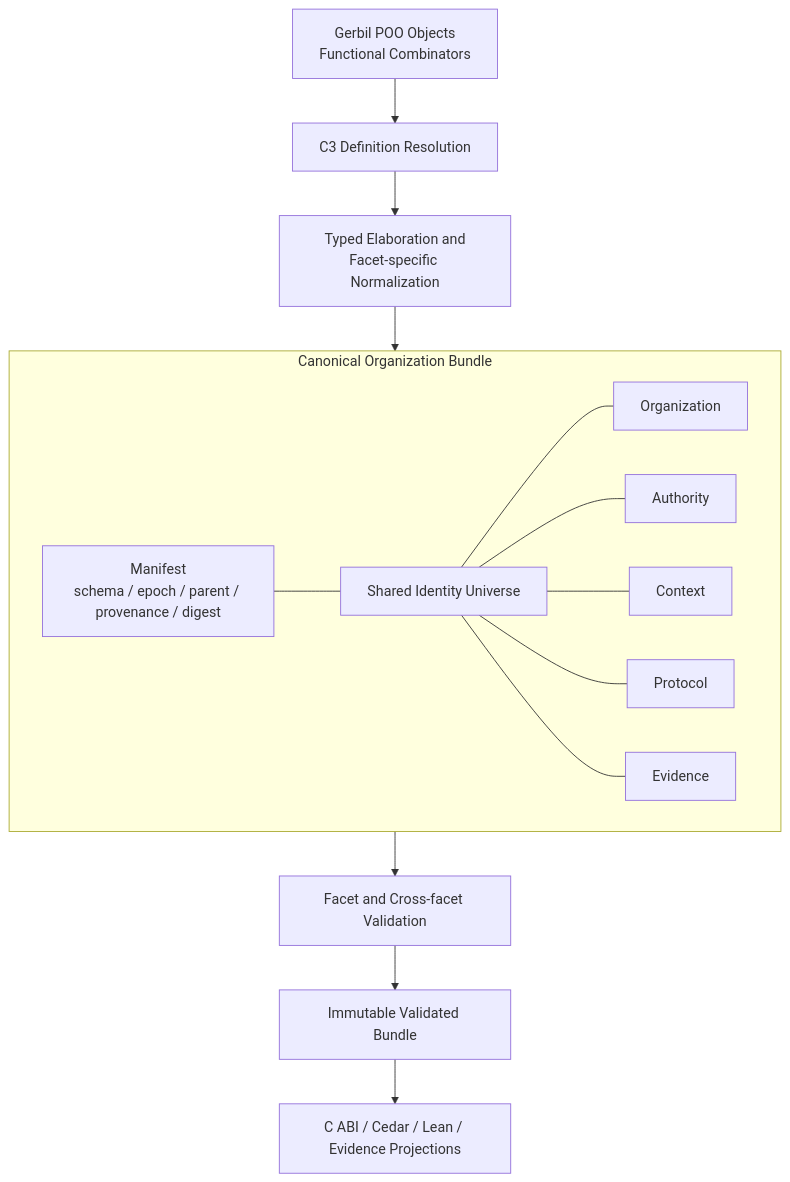
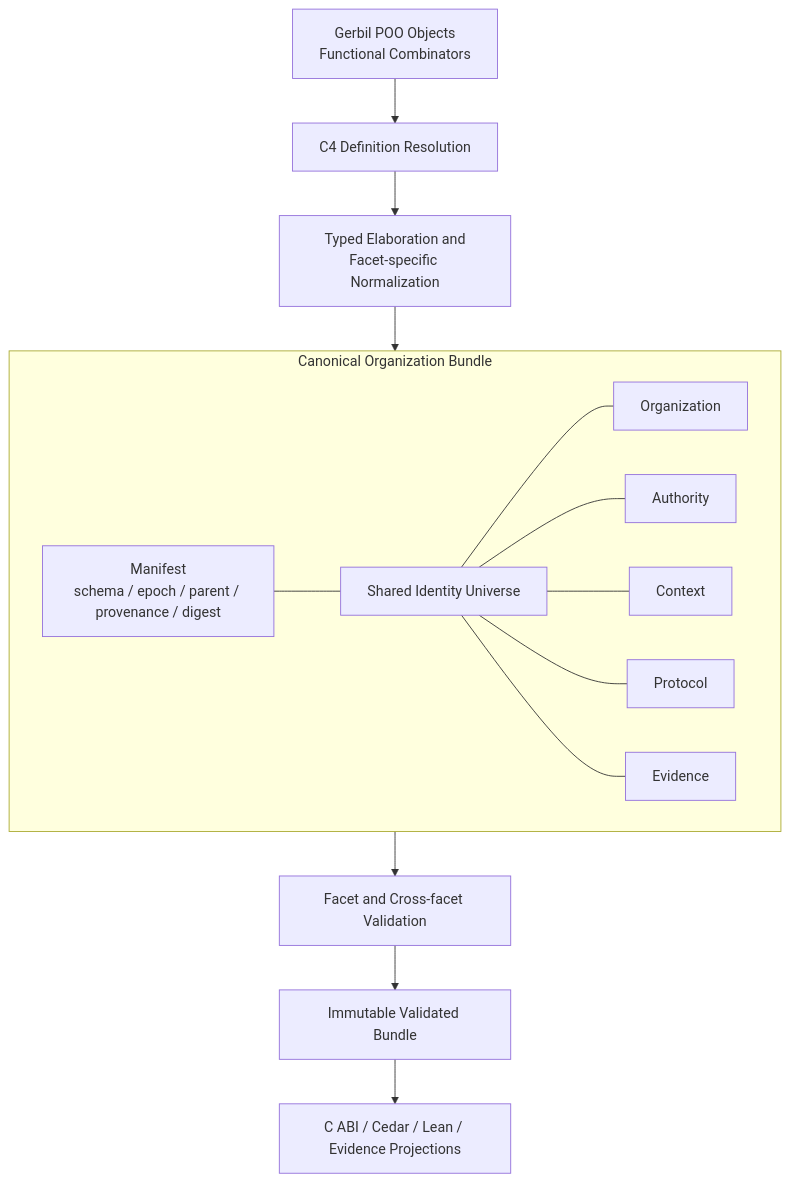
One commit to tao3k/poo-flow changed the first of 2 diagrams in docs/10-19-design/10.06-poo-module-system/91-canonical-organization-bundle-rfc.org. Above: the diagram before and after it, drawn with Mermaid. The commit also changed other lines of this file and 514 other files, not shown here.

```diff
--- a/docs/10-19-design/10.06-poo-module-system/91-canonical-organization-bundle-rfc.org
+++ b/docs/10-19-design/10.06-poo-module-system/91-canonical-organization-bundle-rfc.org
@@ -45,25 +45,25 @@
 #+begin_src mermaid
 flowchart TB
     P["Gerbil POO Objects<br/>Functional Combinators"]
-    L["C3 Definition Resolution"]
+    L["C4 Definition Resolution"]
     N["Typed Elaboration and<br/>Facet-specific Normalization"]
     subgraph B["Canonical Organization Bundle"]
         M["Manifest<br/>schema / epoch / parent / provenance / digest"]
         I["Shared Identity Universe"]
         O["Organization"]
         A["Authority"]
         C["Context"]
         R["Protocol"]
         E["Evidence"]
         M --- I
         I --- O
         I --- A
         I --- C
         I --- R
         I --- E
     end
     V["Facet and Cross-facet Validation"]
     X["Immutable Validated Bundle"]
     PR["C ABI / Cedar / Lean / Evidence Projections"]
     P --> L --> N --> B --> V --> X --> PR
 #+end_src
```
